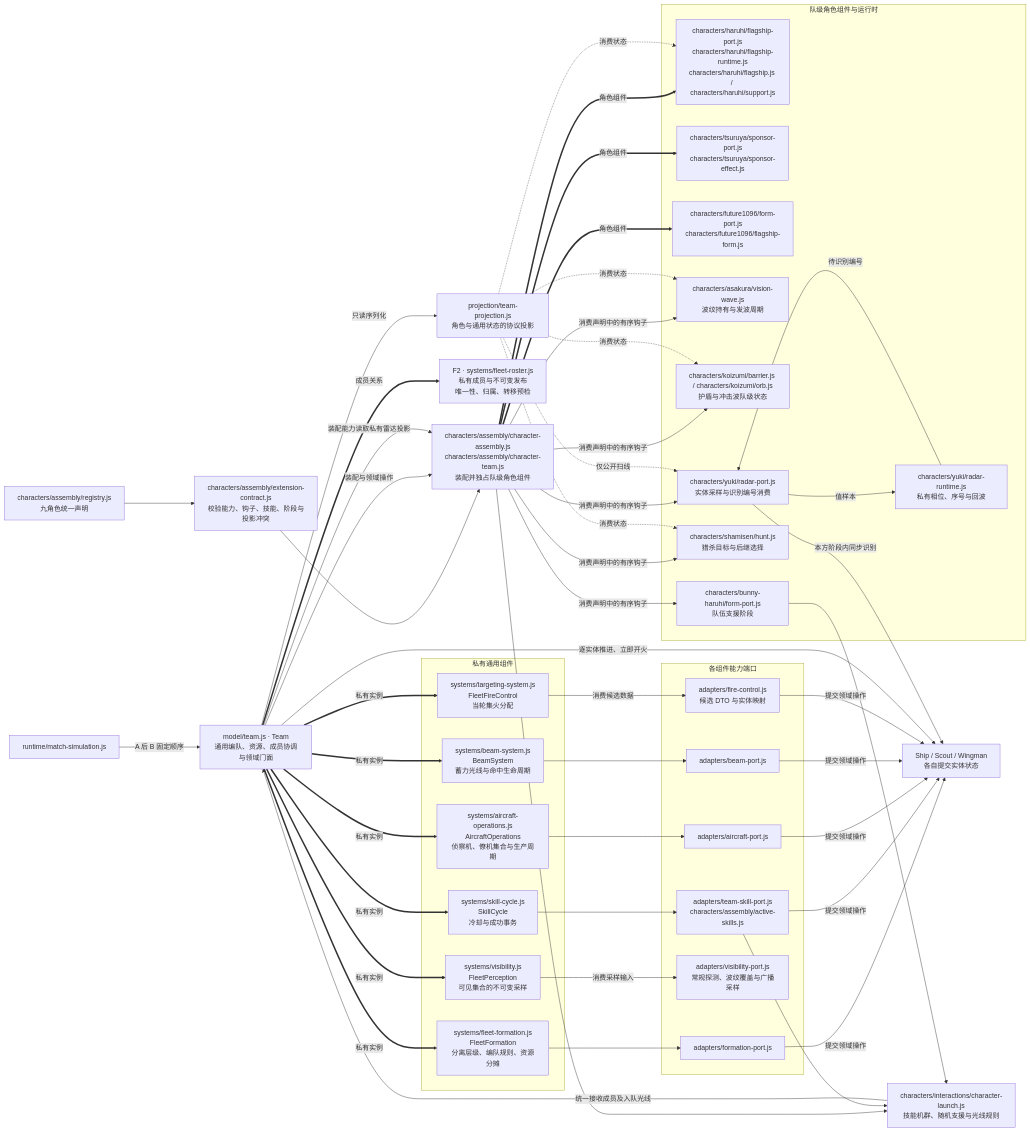
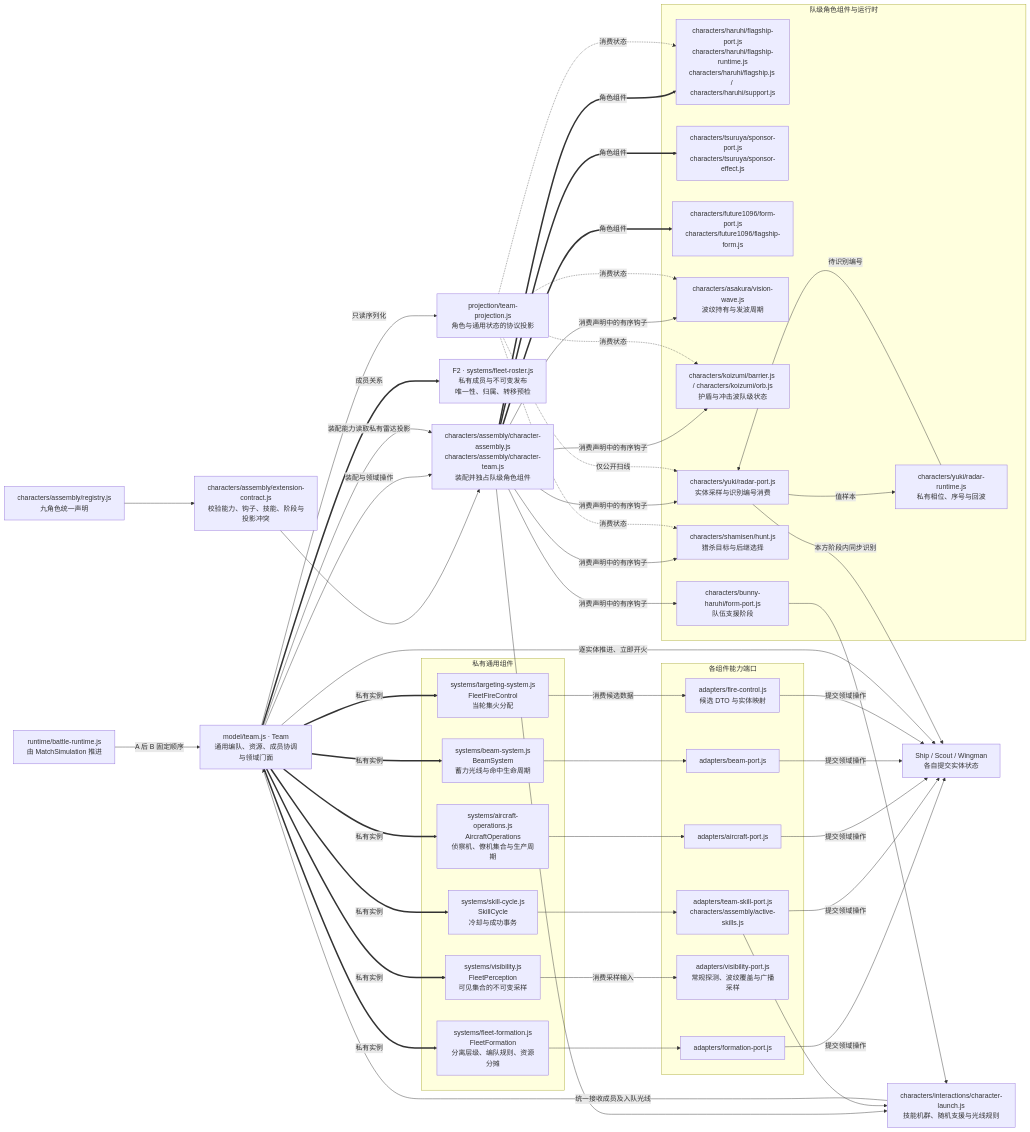
Before and after one commit to Haruhi-Labs/TDOS: the third of 10 diagrams in docs/architecture-map.md, drawn with Mermaid. The commit also changed other lines of this file and 29 other files, not shown here.

````diff
--- a/docs/architecture-map.md
+++ b/docs/architecture-map.md
@@ -132,63 +132,63 @@
 ```mermaid
 flowchart LR
   T["model/team.js · Team<br/>通用编队、资源、成员协调与领域门面"]
   MEM["F2 · systems/fleet-roster.js<br/>私有成员与不可变发布<br/>唯一性、归属、转移预检"]
   subgraph generic[私有通用组件]
     F["systems/fleet-formation.js<br/>FleetFormation<br/>分离层级、编队规则、资源分摊"]
     SK["systems/skill-cycle.js<br/>SkillCycle<br/>冷却与成功事务"]
     AC["systems/aircraft-operations.js<br/>AircraftOperations<br/>侦察机、僚机集合与生产周期"]
     BM["systems/beam-system.js<br/>BeamSystem<br/>蓄力光线与命中生命周期"]
     V["systems/visibility.js<br/>FleetPerception<br/>可见集合的不可变采样"]
     FC["systems/targeting-system.js<br/>FleetFireControl<br/>当轮集火分配"]
   end
   subgraph adapters[各组件能力端口]
     FP["adapters/formation-port.js"]
     SP["adapters/team-skill-port.js<br/>characters/assembly/active-skills.js"]
     AP["adapters/aircraft-port.js"]
     BP["adapters/beam-port.js"]
     VP["adapters/visibility-port.js<br/>常规探测、波纹覆盖与广播采样"]
     FCP["adapters/fire-control.js<br/>候选 DTO 与实体映射"]
   end
   subgraph specific[队级角色组件与运行时]
     HF["characters/haruhi/flagship-port.js<br/>characters/haruhi/flagship-runtime.js<br/>characters/haruhi/flagship.js / characters/haruhi/support.js"]
     SF["characters/tsuruya/sponsor-port.js<br/>characters/tsuruya/sponsor-effect.js"]
     FF["characters/future1096/form-port.js<br/>characters/future1096/flagship-form.js"]
     VW["characters/asakura/vision-wave.js<br/>波纹持有与发波周期"]
     KB["characters/koizumi/barrier.js / characters/koizumi/orb.js<br/>护盾与冲击波队级状态"]
     RP["characters/yuki/radar-port.js<br/>实体采样与识别编号消费"]
     RR["characters/yuki/radar-runtime.js<br/>私有相位、序号与回波"]
     SH["characters/shamisen/hunt.js<br/>猎杀目标与后继选择"]
     BH["characters/bunny-haruhi/form-port.js<br/>队伍支援阶段"]
   end
-  M["runtime/match-simulation.js"]
+  M["runtime/battle-runtime.js<br/>由 MatchSimulation 推进"]
   S["Ship / Scout / Wingman<br/>各自提交实体状态"]
   T ==>|成员关系| MEM
   T ==>|私有实例| F & SK & AC & BM & V & FC
   F --> FP
   SK --> SP
   AC --> AP
   BM --> BP
   V -->|消费采样输入| VP
   FC -->|消费候选数据| FCP
   FP & SP & AP & BP & FCP -->|提交领域操作| S
   ASSEMBLY["characters/assembly/character-assembly.js<br/>characters/assembly/character-team.js<br/>装配并独占队级角色组件"]
   EXT["characters/assembly/registry.js<br/>九角色统一声明"]
   CONTRACT["characters/assembly/extension-contract.js<br/>校验能力、钩子、技能、阶段与投影冲突"]
   EXT --> CONTRACT --> ASSEMBLY
   T -->|装配与领域操作| ASSEMBLY
   ASSEMBLY ==>|角色组件| HF & SF & FF
   ASSEMBLY -->|消费声明中的有序钩子| VW & KB & SH & BH & RP
   RP -->|值样本| RR
   RR -->|待识别编号| RP
   RP -->|本方阶段内同步识别| S
   T -->|装配能力读取私有雷达投影| ASSEMBLY
   TP -.->|仅公开扫线| RP
   LAUNCH["characters/interactions/character-launch.js<br/>技能机群、随机支援与光线规则"]
   ASSEMBLY & SP & BH --> LAUNCH
   LAUNCH -->|统一接收成员及入队光线| T
   M -->|A 后 B 固定顺序| T
   T -->|逐实体推进、立即开火| S
   TP["projection/team-projection.js<br/>角色与通用状态的协议投影"]
   T -->|只读序列化| TP
   TP -.->|消费状态| VW & KB & SH & HF
 ```
````
